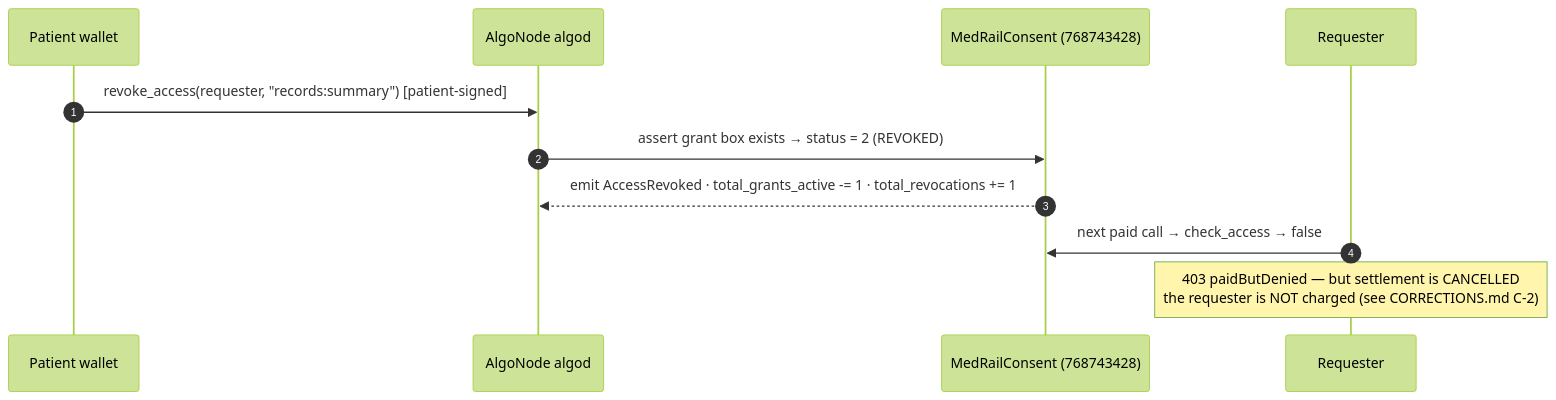
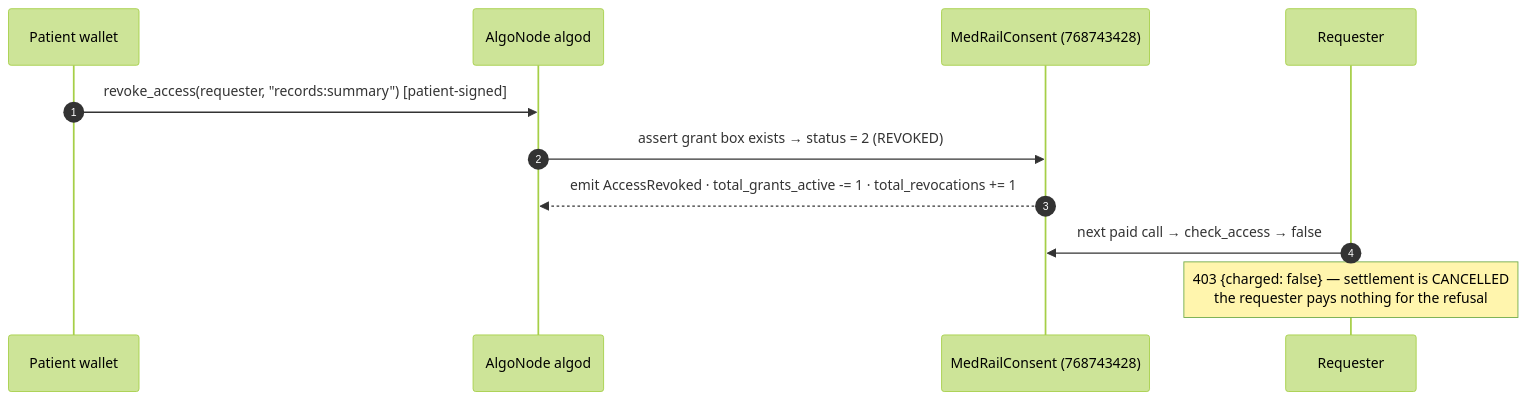
One commit to Hydra-Of-Malice/Medrail changed the fifth of 5 diagrams in docs/01_Product/User_Journey.md. Above: the diagram before and after it, drawn with Mermaid (forest theme). The commit also changed other lines of this file and 77 other files, not shown here.

````diff
--- a/docs/01_Product/User_Journey.md
+++ b/docs/01_Product/User_Journey.md
@@ -287,14 +289,14 @@
 ```mermaid
 sequenceDiagram
     autonumber
     participant Pat as Patient wallet
     participant Algod as AlgoNode algod
     participant App as MedRailConsent (768743428)
     participant Req as Requester
 
     Pat->>Algod: revoke_access(requester, "records:summary")  [patient-signed]
     Algod->>App: assert grant box exists → status = 2 (REVOKED)
     App-->>Algod: emit AccessRevoked · total_grants_active -= 1 · total_revocations += 1
     Req->>App: next paid call → check_access → false
-    Note over Req: 403 paidButDenied — but settlement is CANCELLED<br/>the requester is NOT charged (see CORRECTIONS.md C-2)
+    Note over Req: 403 {charged: false} — settlement is CANCELLED<br/>the requester pays nothing for the refusal
 ```
````
